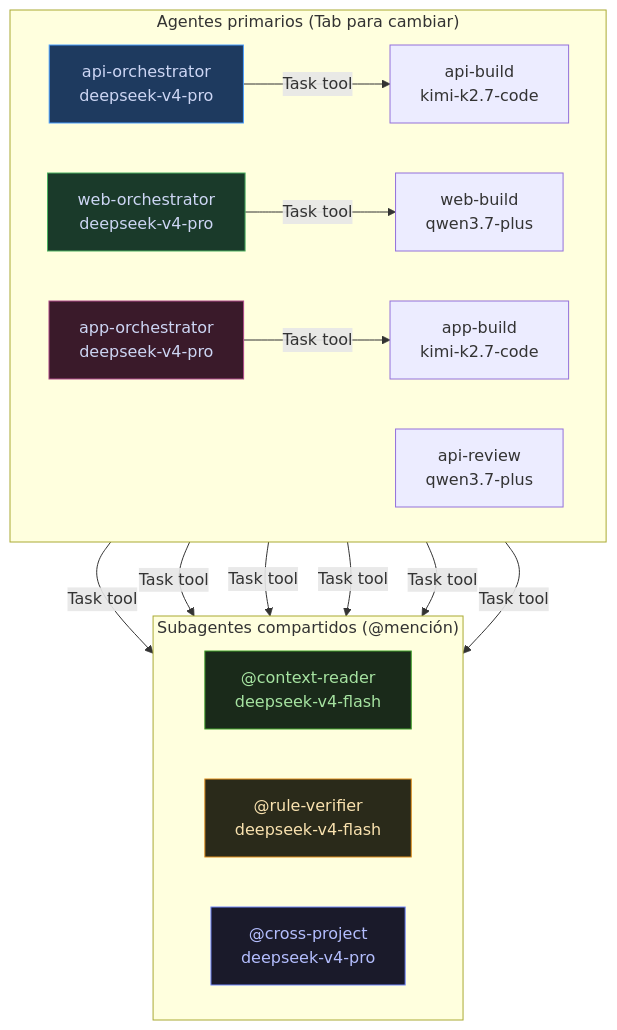
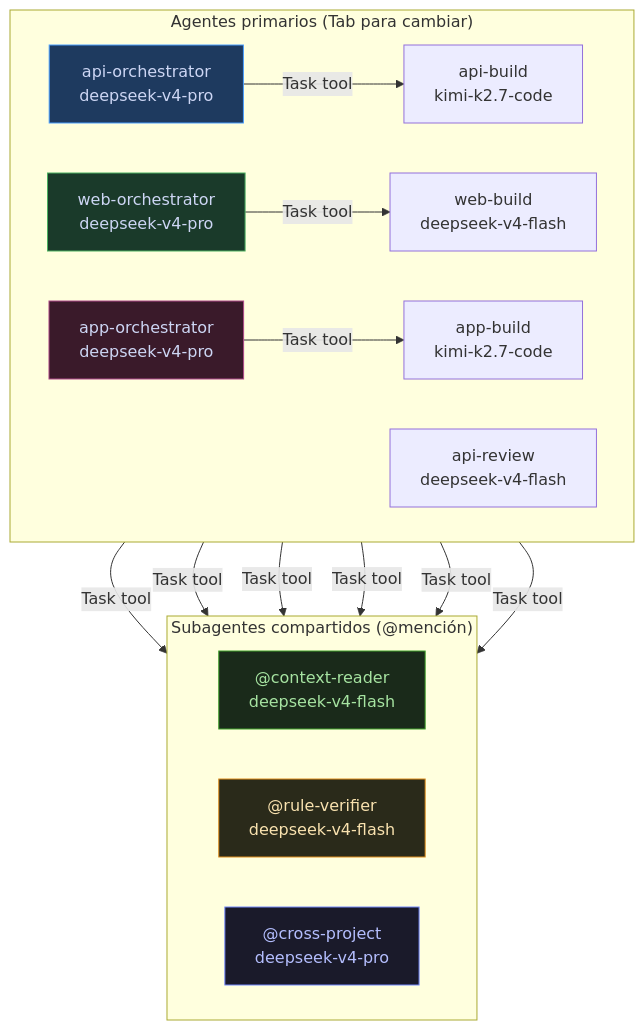
One commit to urbaniadev01/UrbaniaDocs changed the third of 7 diagrams in GUIA_DESARROLLO.md. Above: the diagram before and after it, drawn with Mermaid. The commit also changed other lines of this file and 6 other files, not shown here.

Commit message:
[agents] Reemplazar qwen3.7-plus por deepseek-v4-flash y agregar agente test-runner

````diff
--- a/GUIA_DESARROLLO.md
+++ b/GUIA_DESARROLLO.md
@@ -283,37 +283,37 @@
 ```mermaid
 graph TB
     subgraph PRIMARIOS["Agentes primarios (Tab para cambiar)"]
         direction LR
         AO["api-orchestrator\ndeepseek-v4-pro"]
         AB["api-build\nkimi-k2.7-code"]
-        AR["api-review\nqwen3.7-plus"]
+        AR["api-review\ndeepseek-v4-flash"]
         WO["web-orchestrator\ndeepseek-v4-pro"]
-        WB["web-build\nqwen3.7-plus"]
+        WB["web-build\ndeepseek-v4-flash"]
         APO["app-orchestrator\ndeepseek-v4-pro"]
         APB["app-build\nkimi-k2.7-code"]
     end
 
     subgraph SUBAGENTES["Subagentes compartidos (@mención)"]
         direction LR
         CR["@context-reader\ndeepseek-v4-flash"]
         RV["@rule-verifier\ndeepseek-v4-flash"]
         CP["@cross-project\ndeepseek-v4-pro"]
     end
 
     AO -->|"Task tool"| CR
     AO -->|"Task tool"| RV
     AO -->|"Task tool"| AB
     WO -->|"Task tool"| CR
     WO -->|"Task tool"| RV
     WO -->|"Task tool"| WB
     APO -->|"Task tool"| CR
     APO -->|"Task tool"| RV
     APO -->|"Task tool"| APB
 
     style AO fill:#1e3a5f,stroke:#4a9eff,color:#cdd6f4
     style WO fill:#1a3a2a,stroke:#4aaf60,color:#cdd6f4
     style APO fill:#3a1a2a,stroke:#af4a8a,color:#cdd6f4
     style CR fill:#1a2a1a,stroke:#40a02b,color:#a6e3a1
     style RV fill:#2a2a1a,stroke:#df8e1d,color:#f9e2af
     style CP fill:#1a1a2a,stroke:#7287fd,color:#b4befe
 ```
````
